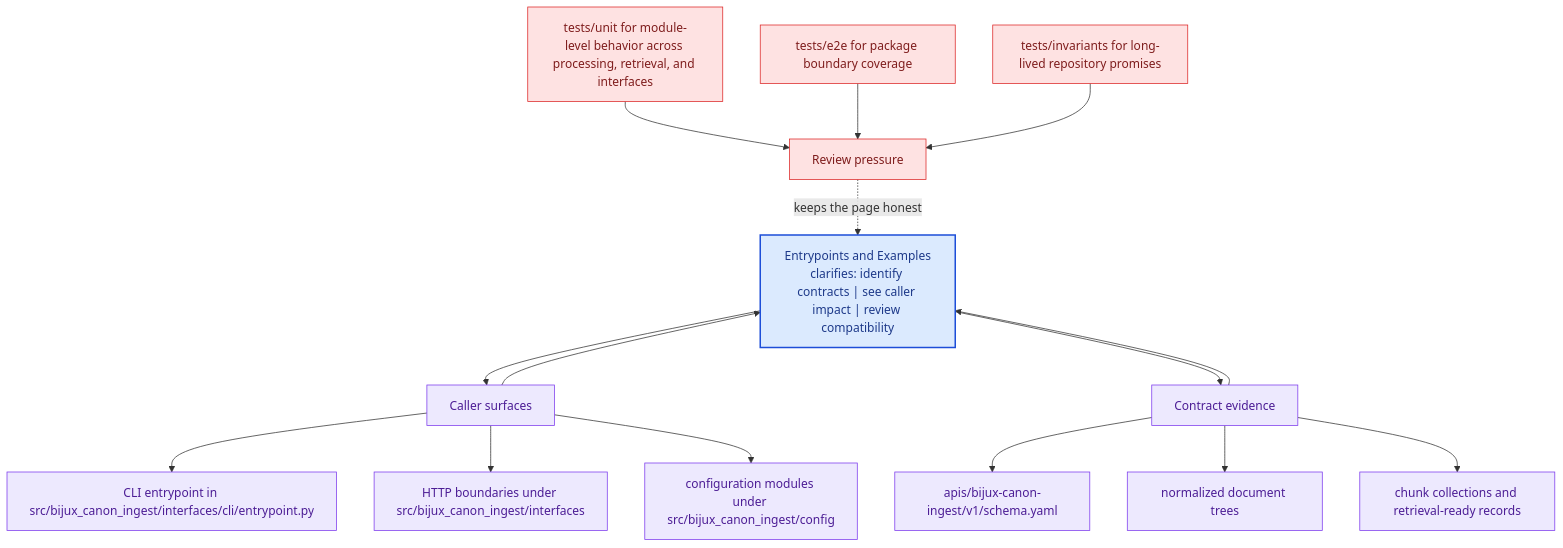
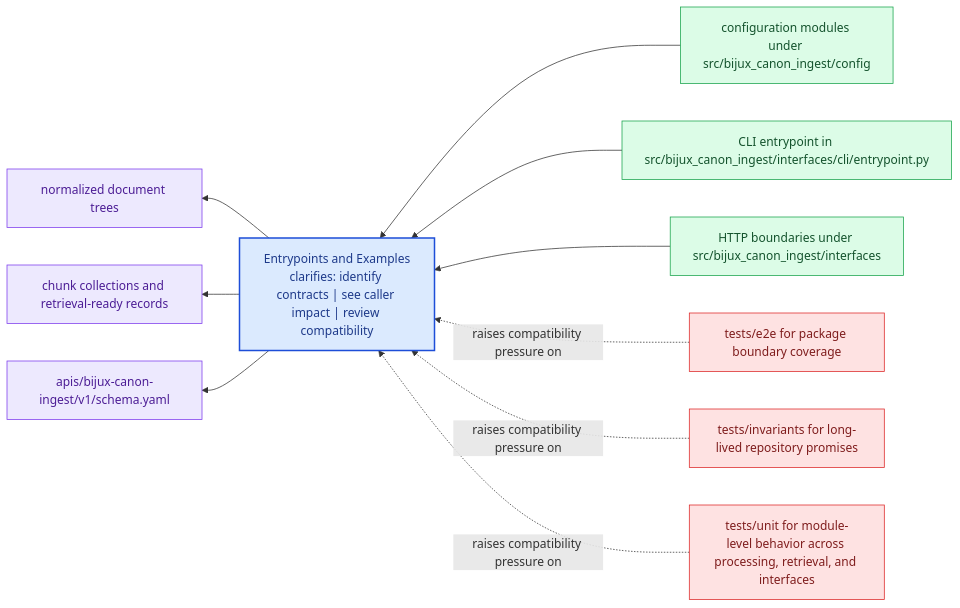
The diagram in docs/bijux-canon-ingest/interfaces/entrypoints-and-examples.md (bijux/bijux-canon), drawn with Mermaid before and after one commit. The commit also changed other lines of this file and 281 other files, not shown here.

Commit message:
docs(diagrams): replace repeated mermaid scaffolds with page-specific summaries

````diff
--- a/docs/bijux-canon-ingest/interfaces/entrypoints-and-examples.md
+++ b/docs/bijux-canon-ingest/interfaces/entrypoints-and-examples.md
@@ -67,41 +22,31 @@
 ```mermaid
-flowchart TB
-    promise["Entrypoints and Examples<br/>clarifies: identify contracts | see caller impact | review compatibility"]
-    classDef promise fill:#dbeafe,stroke:#1d4ed8,color:#1e3a8a,stroke-width:2px;
-    classDef driver fill:#dcfce7,stroke:#16a34a,color:#14532d;
-    classDef constraint fill:#fee2e2,stroke:#dc2626,color:#7f1d1d;
-    classDef ground fill:#ede9fe,stroke:#7c3aed,color:#4c1d95;
-    focus1["Caller surfaces"]
-    focus1 --> promise
-    promise --> focus1
-    focus1_1["CLI entrypoint in src/bijux_canon_ingest/interfaces/cli/entrypoint.py"]
-    focus1 --> focus1_1
-    focus1_2["HTTP boundaries under src/bijux_canon_ingest/interfaces"]
-    focus1 --> focus1_2
-    focus1_3["configuration modules under src/bijux_canon_ingest/config"]
-    focus1 --> focus1_3
-    class focus1 ground;
-    class focus1_1,focus1_2,focus1_3 ground;
-    focus2["Contract evidence"]
-    focus2 --> promise
-    promise --> focus2
-    focus2_1["apis/bijux-canon-ingest/v1/schema.yaml"]
-    focus2 --> focus2_1
-    focus2_2["normalized document trees"]
-    focus2 --> focus2_2
-    focus2_3["chunk collections and retrieval-ready records"]
-    focus2 --> focus2_3
-    class focus2 ground;
-    class focus2_1,focus2_2,focus2_3 ground;
-    focus3["Review pressure"]
-    focus3 -.keeps the page honest.-> promise
-    focus3_1["tests/unit for module-level behavior across processing, retrieval, and interfaces"]
-    focus3_1 --> focus3
-    focus3_2["tests/e2e for package boundary coverage"]
-    focus3_2 --> focus3
-    focus3_3["tests/invariants for long-lived repository promises"]
-    focus3_3 --> focus3
-    class focus3 constraint;
-    class focus3_1,focus3_2,focus3_3 constraint;
-    class promise promise;
+flowchart RL
+    page["Entrypoints and Examples<br/>clarifies: identify contracts | see caller impact | review compatibility"]
+    classDef page fill:#dbeafe,stroke:#1d4ed8,color:#1e3a8a,stroke-width:2px;
+    classDef positive fill:#dcfce7,stroke:#16a34a,color:#14532d;
+    classDef caution fill:#fee2e2,stroke:#dc2626,color:#7f1d1d;
+    classDef anchor fill:#ede9fe,stroke:#7c3aed,color:#4c1d95;
+    classDef action fill:#fef3c7,stroke:#d97706,color:#7c2d12;
+    surface1["configuration modules under src/bijux_canon_ingest/config"]
+    surface1 --> page
+    surface2["CLI entrypoint in src/bijux_canon_ingest/interfaces/cli/entrypoint.py"]
+    surface2 --> page
+    surface3["HTTP boundaries under src/bijux_canon_ingest/interfaces"]
+    surface3 --> page
+    proof1["normalized document trees"]
+    page --> proof1
+    proof2["chunk collections and retrieval-ready records"]
+    page --> proof2
+    proof3["apis/bijux-canon-ingest/v1/schema.yaml"]
+    page --> proof3
+    review1["tests/e2e for package boundary coverage"]
+    review1 -.raises compatibility pressure on.-> page
+    review2["tests/invariants for long-lived repository promises"]
+    review2 -.raises compatibility pressure on.-> page
+    review3["tests/unit for module-level behavior across processing, retrieval, and interfaces"]
+    review3 -.raises compatibility pressure on.-> page
+    class page page;
+    class surface1,surface2,surface3 positive;
+    class proof1,proof2,proof3 anchor;
+    class review1,review2,review3 caution;
 ```
````
